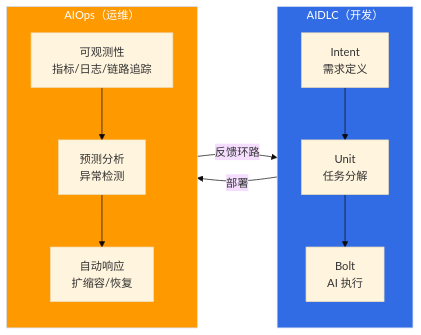
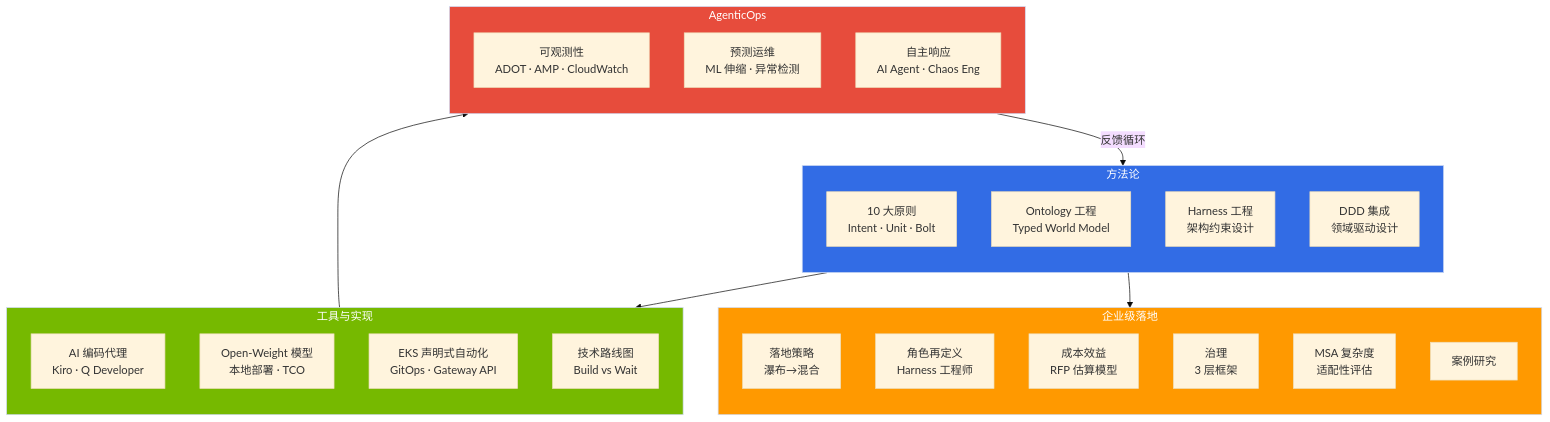
Before and after one commit to devfloor9/engineering-playbook: the diagram in i18n/zh/docusaurus-plugin-content-docs/current/aidlc/index.md, drawn with Mermaid (base theme). The commit also changed other lines of this file and 105 other files, not shown here.

````diff
--- a/i18n/zh/docusaurus-plugin-content-docs/current/aidlc/index.md
+++ b/i18n/zh/docusaurus-plugin-content-docs/current/aidlc/index.md
@@ -41,20 +29,45 @@
 ```mermaid
-flowchart LR
-    subgraph AIDLC["AIDLC（开发）"]
+flowchart TB
+    subgraph METHOD["方法论"]
         direction TB
-        INTENT["Intent<br/>需求定义"] --> UNIT["Unit<br/>任务分解"]
-        UNIT --> BOLT["Bolt<br/>AI 执行"]
+        P["10 大原则<br/>Intent · Unit · Bolt"]
+        O["Ontology 工程<br/>Typed World Model"]
+        H["Harness 工程<br/>架构约束设计"]
+        D["DDD 集成<br/>领域驱动设计"]
     end
 
-    subgraph AIOPS["AIOps（运维）"]
+    subgraph ENTER["企业级落地"]
         direction TB
-        OBS["可观测性<br/>指标/日志/链路追踪"] --> PREDICT["预测分析<br/>异常检测"]
-        PREDICT --> AUTO["自动响应<br/>扩缩容/恢复"]
+        A["落地策略<br/>瀑布→混合"]
+        R["角色再定义<br/>Harness 工程师"]
+        C["成本效益<br/>RFP 估算模型"]
+        G["治理<br/>3 层框架"]
+        M["MSA 复杂度<br/>适配性评估"]
+        CS["案例研究"]
     end
 
-    AIDLC -->|"部署"| AIOPS
-    AIOPS -->|"反馈环路"| AIDLC
+    subgraph TOOL["工具与实现"]
+        direction TB
+        AI["AI 编码代理<br/>Kiro · Q Developer"]
+        OW["Open-Weight 模型<br/>本地部署 · TCO"]
+        EKS["EKS 声明式自动化<br/>GitOps · Gateway API"]
+        TR["技术路线图<br/>Build vs Wait"]
+    end
 
-    style AIDLC fill:#326ce5,color:#fff
-    style AIOPS fill:#ff9900,color:#fff
+    subgraph OPS["AgenticOps"]
+        direction TB
+        OB["可观测性<br/>ADOT · AMP · CloudWatch"]
+        PR["预测运维<br/>ML 伸缩 · 异常检测"]
+        AR["自主响应<br/>AI Agent · Chaos Eng"]
+    end
+
+    METHOD --> TOOL
+    METHOD --> ENTER
+    TOOL --> OPS
+    OPS -->|"反馈循环"| METHOD
+
+    style METHOD fill:#326ce5,color:#fff
+    style ENTER fill:#ff9900,color:#fff
+    style TOOL fill:#76b900,color:#fff
+    style OPS fill:#e74c3c,color:#fff
 ```
````
